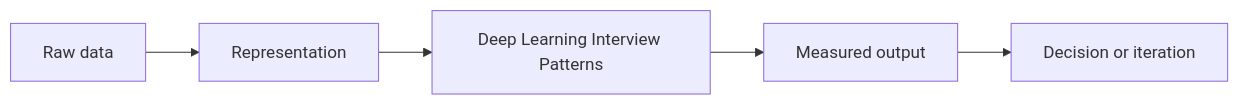
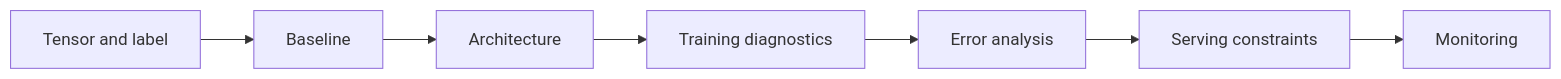
One commit to Icon1cc/Machine-Learning changed the diagram in deep-learning/15-deep-learning-interview-patterns.md. Above: the diagram before and after it, drawn with Mermaid. The commit also changed other lines of this file and 20 other files, not shown here.

````diff
--- a/deep-learning/15-deep-learning-interview-patterns.md
+++ b/deep-learning/15-deep-learning-interview-patterns.md
@@ -93,7 +102,9 @@
 ```mermaid
 flowchart LR
-    A[Raw data] --> B[Representation]
-    B --> C[Deep Learning Interview Patterns]
-    C --> D[Measured output]
-    D --> E[Decision or iteration]
+    A[Tensor and label] --> B[Baseline]
+    B --> C[Architecture]
+    C --> D[Training diagnostics]
+    D --> E[Error analysis]
+    E --> F[Serving constraints]
+    F --> G[Monitoring]
 ```
````
